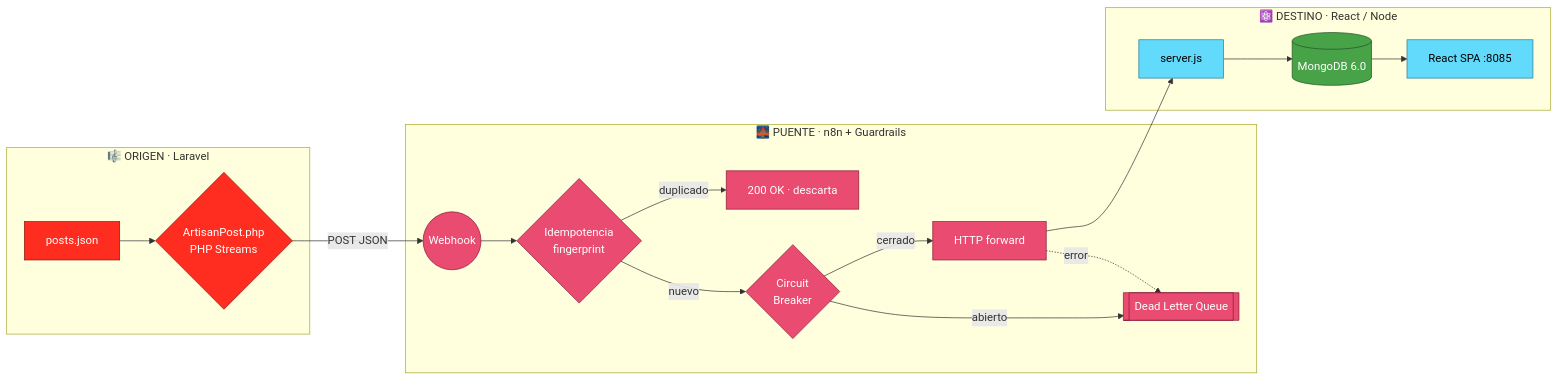
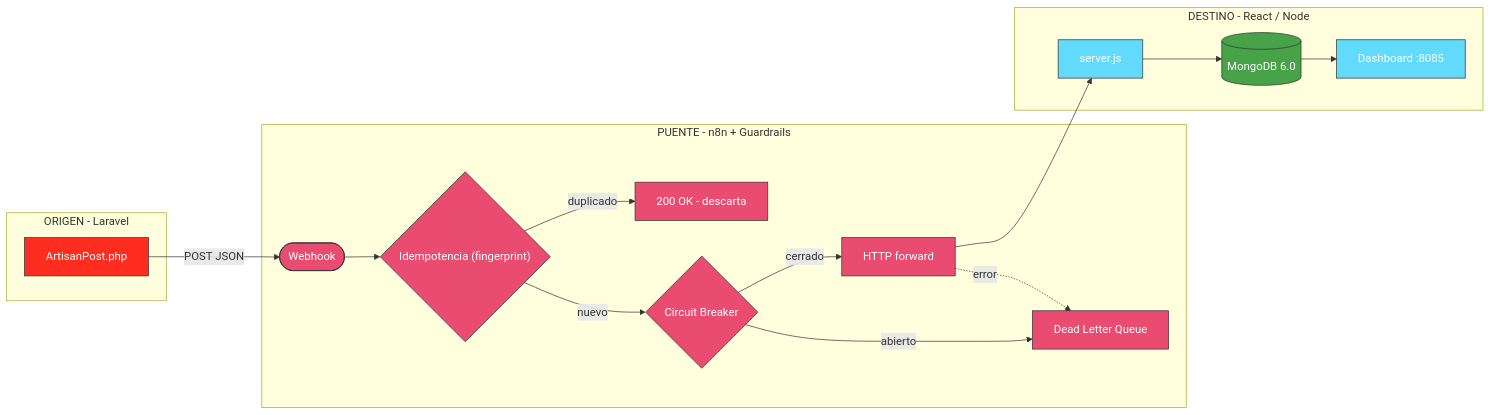
Before and after one commit to vladimiracunadev-create/social-bot-scheduler: the first of 2 diagrams in cases/05-laravel-to-react/ARCHITECTURE.md, drawn with Mermaid. The commit also changed other lines of this file and 8 other files, not shown here.

First line of the commit message:
fix(diagrams): Mermaid compatible con GitHub (securityLevel strict)

````diff
--- a/cases/05-laravel-to-react/ARCHITECTURE.md
+++ b/cases/05-laravel-to-react/ARCHITECTURE.md
@@ -29,32 +29,32 @@
 ```mermaid
 flowchart LR
-    subgraph ORIGIN["🎼 ORIGEN · Laravel"]
-        A[posts.json] --> B{ArtisanPost.php<br/>PHP Streams}
+    subgraph ORIGIN["ORIGEN - Laravel"]
+        B["ArtisanPost.php"]
     end
 
-    subgraph BRIDGE["🌉 PUENTE · n8n + Guardrails"]
-        C((Webhook)) --> IDEM{Idempotencia<br/>fingerprint}
-        IDEM -- duplicado --> DISCARD[200 OK · descarta]
-        IDEM -- nuevo --> CB{Circuit<br/>Breaker}
-        CB -- cerrado --> FWD[HTTP forward]
-        CB -- abierto --> DLQ[[Dead Letter Queue]]
+    subgraph BRIDGE["PUENTE - n8n + Guardrails"]
+        C(["Webhook"]) --> IDEM{"Idempotencia (fingerprint)"}
+        IDEM -->|duplicado| DISCARD["200 OK - descarta"]
+        IDEM -->|nuevo| CBK{"Circuit Breaker"}
+        CBK -->|cerrado| FWD["HTTP forward"]
+        CBK -->|abierto| DLQ["Dead Letter Queue"]
     end
 
-    subgraph DEST["⚛️ DESTINO · React / Node"]
-        FWD --> H[server.js]
-        H --> DB[(MongoDB 6.0)]
-        DB --> DASH[React SPA :8085]
+    subgraph DEST["DESTINO - React / Node"]
+        FWD --> H["server.js"]
+        H --> DB[("MongoDB 6.0")]
+        DB --> DASH["Dashboard :8085"]
     end
 
-    B -- POST JSON --> C
-    FWD -. error .-> DLQ
+    B -->|POST JSON| C
+    FWD -.->|error| DLQ
 
-    classDef origin fill:#FF2D20,stroke:#8c150f,color:#fff
-    classDef bridge fill:#EA4B71,stroke:#8c1c38,color:#fff
-    classDef dest fill:#61DAFB,stroke:#2a7f96,color:#000
-    classDef db fill:#47A248,stroke:#255524,color:#fff
-    class A,B origin
-    class C,IDEM,CB,FWD,DLQ,DISCARD bridge
+    classDef origin fill:#FF2D20,stroke:#333,color:#fff
+    classDef bridge fill:#EA4B71,stroke:#333,color:#fff
+    classDef dest fill:#61DAFB,stroke:#333,color:#fff
+    classDef db fill:#47A248,stroke:#333,color:#fff
+    class B origin
+    class C,IDEM,CBK,FWD,DLQ,DISCARD bridge
     class H,DASH dest
     class DB db
 ```
````
